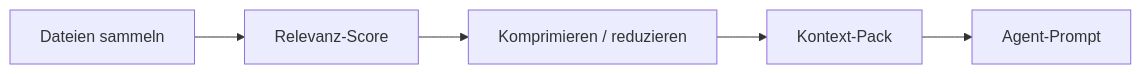
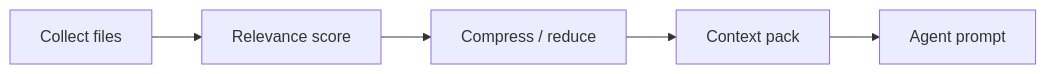
One commit to LaProgrammerie/asagiri changed the diagram in docs-site/content/docs/de/cost-performance/context-optimization.mdx. Above: the diagram before and after it, drawn with Mermaid. The commit also changed other lines of this file and 148 other files, not shown here.

````diff
--- a/docs-site/content/docs/de/cost-performance/context-optimization.mdx
+++ b/docs-site/content/docs/de/cost-performance/context-optimization.mdx
@@ -12,7 +12,7 @@
 ```mermaid
 flowchart LR
-  C[Dateien sammeln] --> R[Relevanz-Score]
-  R --> X[Komprimieren / reduzieren]
-  X --> P[Kontext-Pack]
-  P --> A[Agent-Prompt]
+  C[Collect files] --> R[Relevance score]
+  R --> X[Compress / reduce]
+  X --> P[Context pack]
+  P --> A[Agent prompt]
 ```
````
